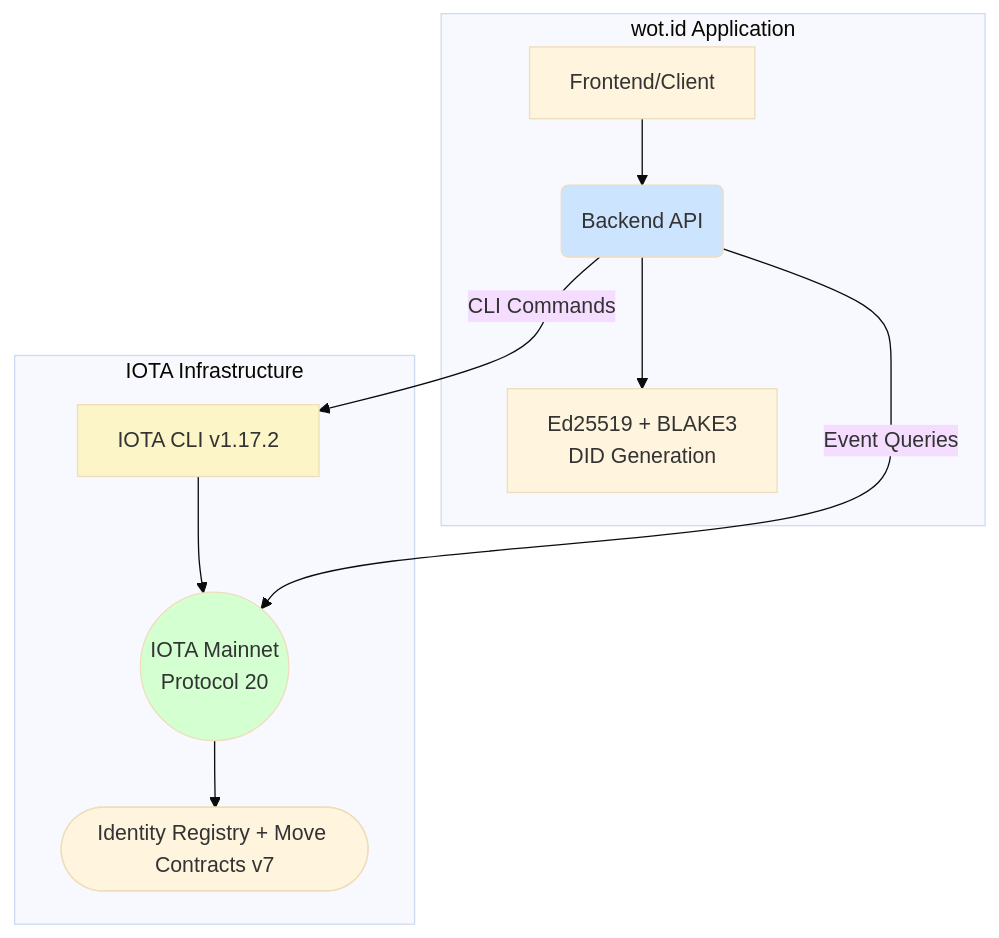
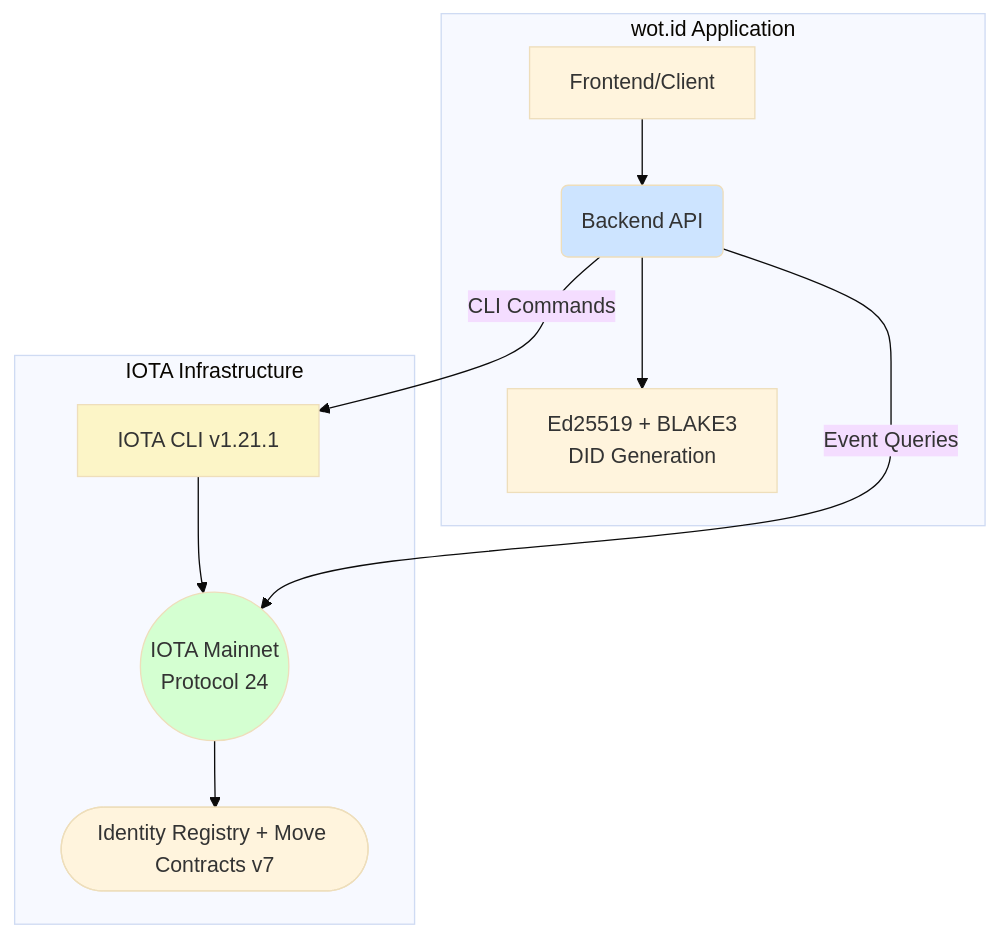
Before and after one commit to theweboftrust/wot.id-public-docs: the first of 7 diagrams in 02_System_Architecture.md, drawn with Mermaid (base theme). The commit also changed other lines of this file, not shown here.

````diff
--- a/02_System_Architecture.md
+++ b/02_System_Architecture.md
@@ -286,21 +286,21 @@
 ```mermaid
 graph TD
     subgraph "wot.id Application"
         Client[Frontend/Client] --> Backend_API(Backend API)
         Backend_API --> DID_Gen[Ed25519 + BLAKE3<br/>DID Generation]
     end
 
     subgraph "IOTA Infrastructure"
-        IOTA_CLI[IOTA CLI v1.17.2] --> IOTA_Node((IOTA Mainnet<br/>Protocol 20))
+        IOTA_CLI[IOTA CLI v1.21.1] --> IOTA_Node((IOTA Mainnet<br/>Protocol 24))
         IOTA_Node --> Move_Contracts([Identity Registry + Move Contracts v7])
     end
 
     %% Interactions
     Backend_API -- "CLI Commands" --> IOTA_CLI
     Backend_API -- "Event Queries" --> IOTA_Node
 
     %% Styling
     style Backend_API fill:#cde4ff
     style IOTA_Node fill:#d4ffd1
     style IOTA_CLI fill:#fcf5c7
 ```
````
